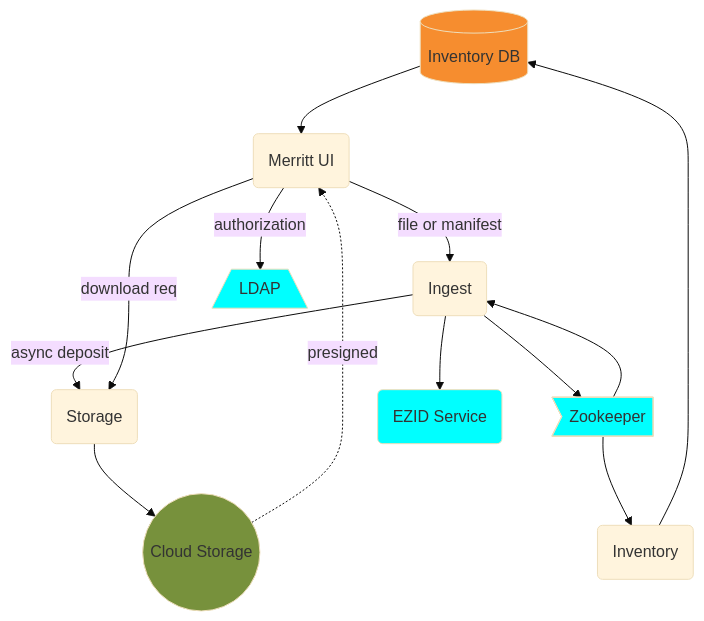
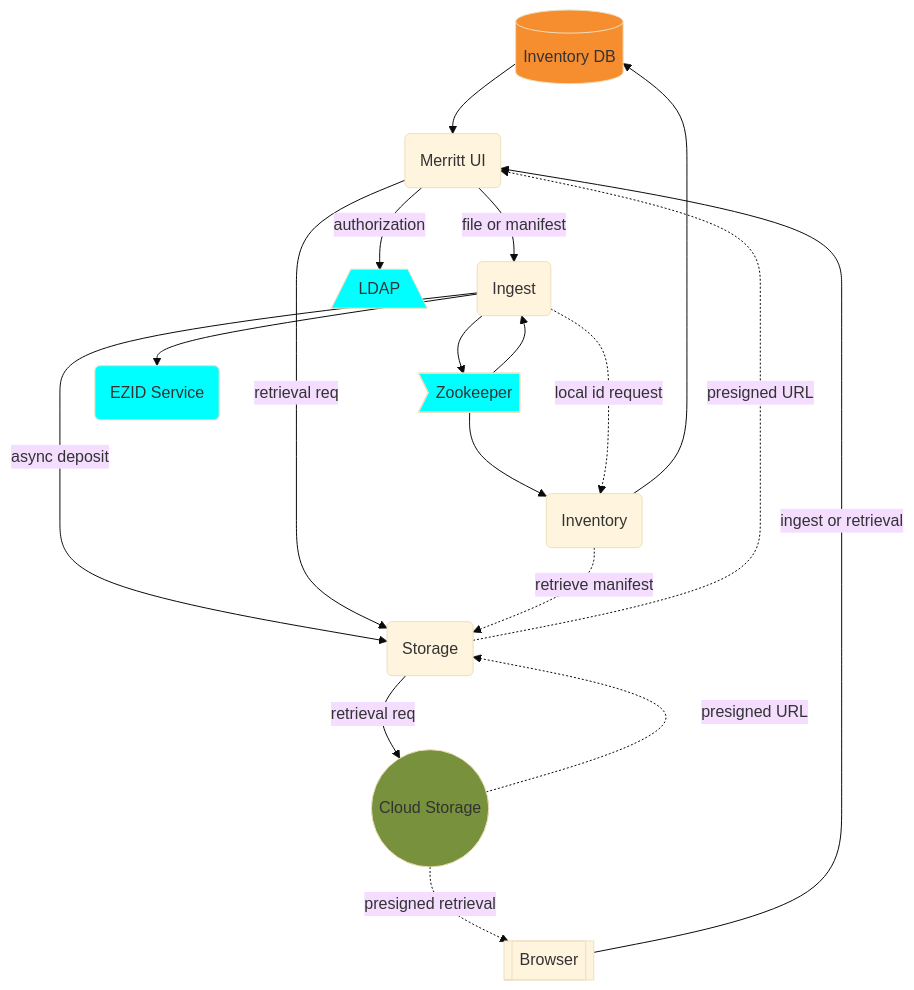
One commit to CDLUC3/mrt-doc changed the diagram in diagrams/overview-core.mmd. Above: the diagram before and after it, drawn with Mermaid. The commit also changed 15 other files, not shown here.

Commit message:
diagram updates

```diff
--- a/diagrams/overview-core.mmd
+++ b/diagrams/overview-core.mmd
@@ -1,30 +1,37 @@
 %%{init: {'theme': 'base'}}%%
 graph TD
   RDS[(Inventory DB)]
   UI("Merritt UI")
   ING(Ingest)
   ST(Storage)
   INV(Inventory)
   CLOUD(("Cloud Storage"))
   LDAP[/LDAP\]
   ZOO>Zookeeper]
   EZID(EZID Service)
+  BROWSER[[Browser]]
 
+  BROWSER --> |ingest or retrieval| UI
   RDS --> UI
   UI --> |"file or manifest"| ING
   UI --> |authorization| LDAP
   ING --> |"async deposit"| ST
   ING --> ZOO
   ZOO --> ING
   ZOO --> INV
-  UI ---> |download req| ST
+  UI ---> |retrieval req| ST
   INV --> RDS
-  ST --> CLOUD
-  CLOUD -.-> |presigned| UI
+  ST --> |retrieval req| CLOUD
+  CLOUD -.-> |presigned URL| ST
+  ST -.-> |presigned URL| UI
   ING --> EZID
+  CLOUD -.-> |presigned retrieval| BROWSER
+  ING -.-> |local id request| INV
+  INV -.-> |retrieve manifest| ST
+
 
   style CLOUD fill:#77913C
   style RDS fill:#F68D2F
   style LDAP fill:cyan
   style ZOO fill:cyan
   style EZID fill:cyan
```
